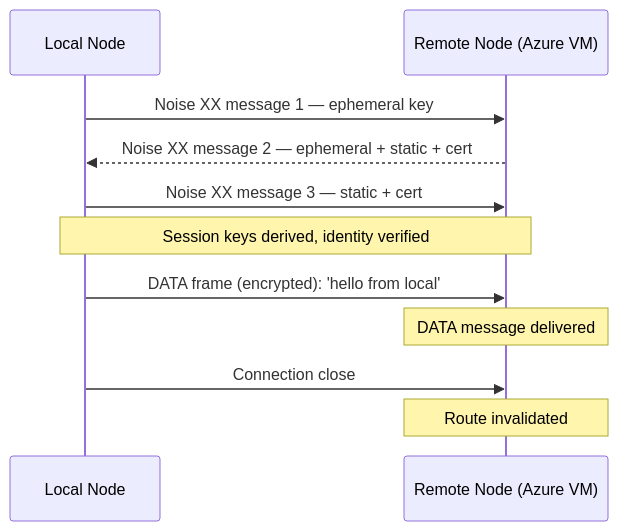
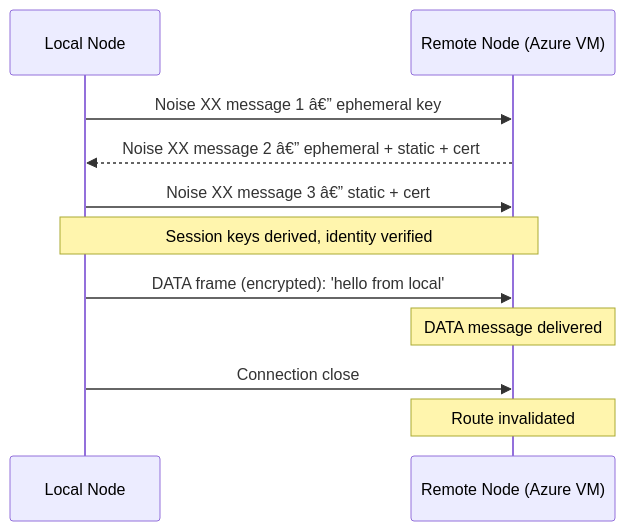
One commit to GenesisMeshLabs/genesismesh changed the fourth of 15 diagrams in docs/examples/demos.md. Above: the diagram before and after it, drawn with Mermaid. The commit also changed other lines of this file and 10 other files, not shown here.

````diff
--- a/docs/examples/demos.md
+++ b/docs/examples/demos.md
@@ -274,14 +275,14 @@
 ```{mermaid}
 sequenceDiagram
     participant A as Local Node
     participant B as Remote Node (Azure VM)
 
-    A->>B: Noise XX message 1 — ephemeral key
-    B-->>A: Noise XX message 2 — ephemeral + static + cert
-    A->>B: Noise XX message 3 — static + cert
+    A->>B: Noise XX message 1 â€” ephemeral key
+    B-->>A: Noise XX message 2 â€” ephemeral + static + cert
+    A->>B: Noise XX message 3 â€” static + cert
     note over A,B: Session keys derived, identity verified
     A->>B: DATA frame (encrypted): 'hello from local'
     note over B: DATA message delivered
     A->>B: Connection close
     note over B: Route invalidated
 ```
````
